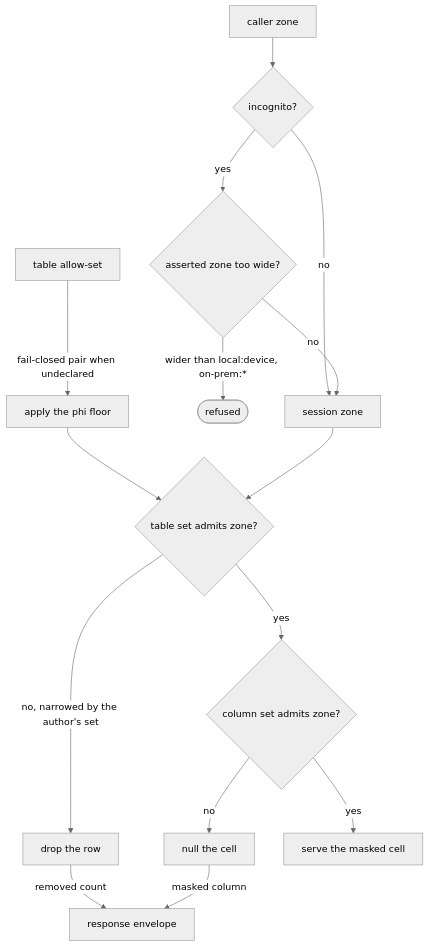
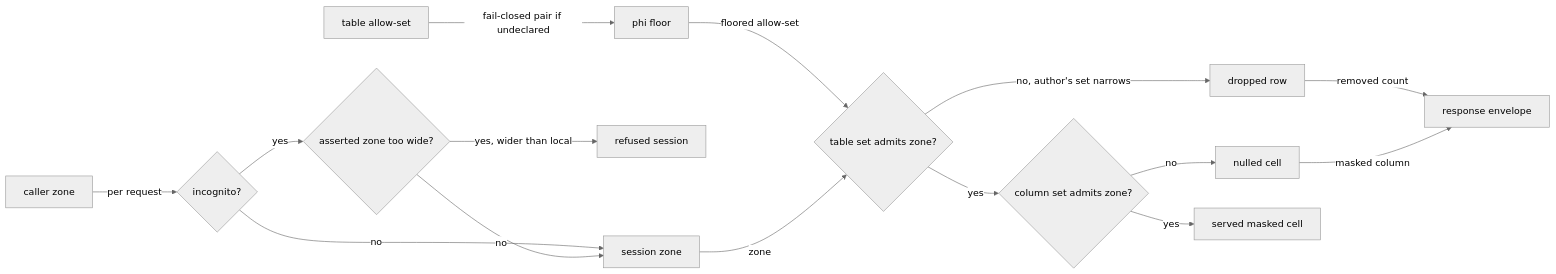
Before and after one commit to fractalboxdev/contextful: the third of 4 diagrams in spec/51-enforcement.md, drawn with Mermaid (neutral theme). The commit also changed other lines of this file and 31 other files, not shown here.

First line of the commit message:
spec: every diagram draws things as nodes and what flows as labelled edges

````diff
--- a/spec/51-enforcement.md
+++ b/spec/51-enforcement.md
@@ -323,17 +326,17 @@
 ```mermaid
-flowchart TD
-  CZ["caller zone"] --> INC{"incognito?"}
-  INC -- no --> Z["session zone"]
-  INC -- yes --> PIN{"asserted zone too wide?"}
-  PIN -- "wider than local:device, on-prem:*" --> E1(["refused"])
-  PIN -- no --> Z
-  TS["table allow-set"] -- "fail-closed pair when undeclared" --> FL["apply the phi floor"]
-  FL --> TE{"table set admits zone?"}
-  Z --> TE
-  TE -- "no, narrowed by the author's set" --> DROP["drop the row"]
-  TE -- yes --> CE{"column set admits zone?"}
-  CE -- no --> NUL["null the cell"]
-  CE -- yes --> SRV["serve the masked cell"]
+flowchart LR
+  CZ["caller zone"] -- "per request" --> INC{"incognito?"}
+  INC -- "no" --> Z["session zone"]
+  INC -- "yes" --> PIN{"asserted zone too wide?"}
+  PIN -- "yes, wider than local" --> E1["refused session"]
+  PIN -- "no" --> Z
+  TS["table allow-set"] -- "fail-closed pair if undeclared" --> FL["phi floor"]
+  FL -- "floored allow-set" --> TE{"table set admits zone?"}
+  Z -- "zone" --> TE
+  TE -- "no, author's set narrows" --> DROP["dropped row"]
+  TE -- "yes" --> CE{"column set admits zone?"}
+  CE -- "no" --> NUL["nulled cell"]
+  CE -- "yes" --> SRV["served masked cell"]
   DROP -- "removed count" --> ENV["response envelope"]
   NUL -- "masked column" --> ENV
 ```
````
